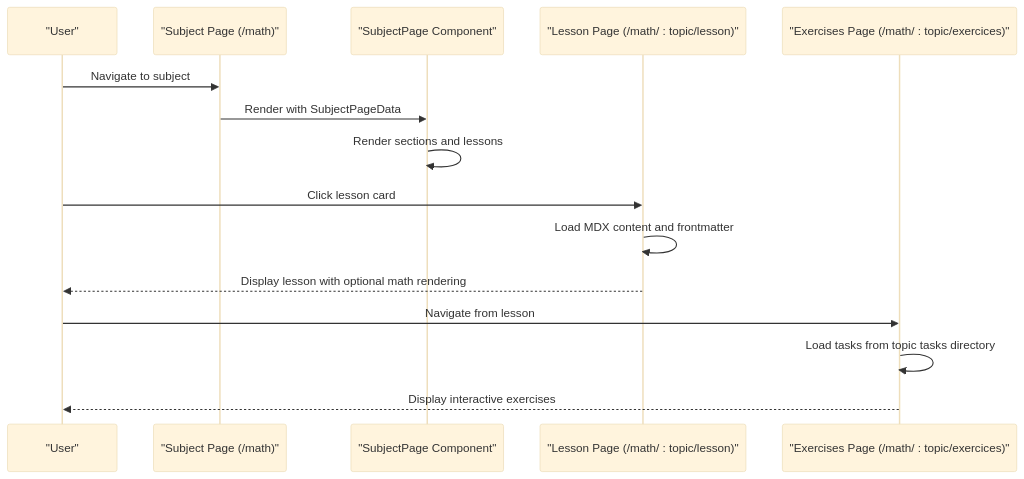
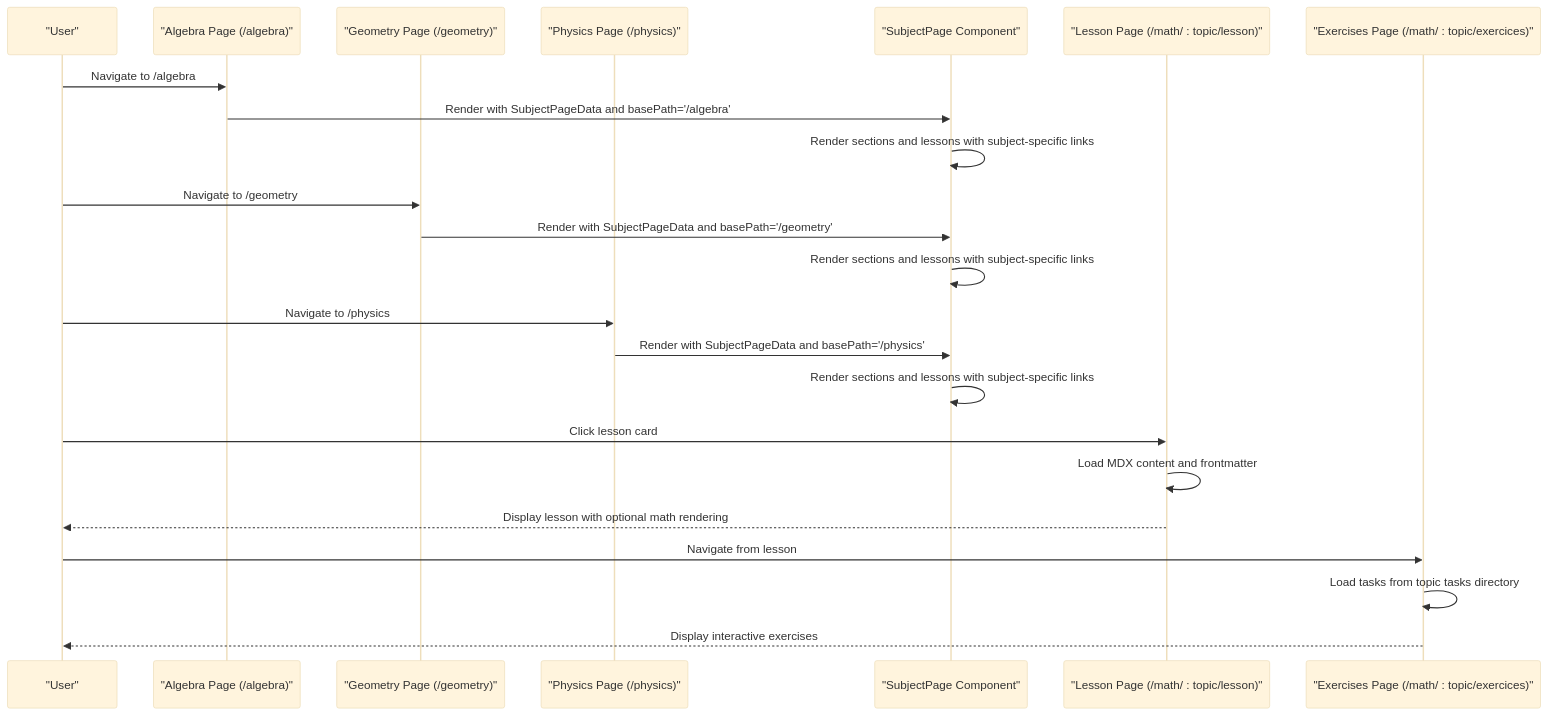
Before and after one commit to AlexKutz/math-app-next-js: the second of 3 diagrams in .qoder/repowiki/en/content/Core Features/Content Management System/Subject Organization & Structure.md, drawn with Mermaid (base theme). The commit also changed other lines of this file and 9 other files, not shown here.

````diff
--- a/.qoder/repowiki/en/content/Core Features/Content Management System/Subject Organization & Structure.md
+++ b/.qoder/repowiki/en/content/Core Features/Content Management System/Subject Organization & Structure.md
@@ -112,17 +126,25 @@
 ```mermaid
 sequenceDiagram
 participant User as "User"
-participant Page as "Subject Page (/math)"
+participant AlgebraPage as "Algebra Page (/algebra)"
+participant GeometryPage as "Geometry Page (/geometry)"
+participant PhysicsPage as "Physics Page (/physics)"
 participant SubjectComp as "SubjectPage Component"
 participant LessonPage as "Lesson Page (/math/ : topic/lesson)"
 participant ExercicesPage as "Exercises Page (/math/ : topic/exercices)"
-User->>Page : Navigate to subject
-Page->>SubjectComp : Render with SubjectPageData
-SubjectComp->>SubjectComp : Render sections and lessons
+User->>AlgebraPage : Navigate to /algebra
+AlgebraPage->>SubjectComp : Render with SubjectPageData and basePath='/algebra'
+SubjectComp->>SubjectComp : Render sections and lessons with subject-specific links
+User->>GeometryPage : Navigate to /geometry
+GeometryPage->>SubjectComp : Render with SubjectPageData and basePath='/geometry'
+SubjectComp->>SubjectComp : Render sections and lessons with subject-specific links
+User->>PhysicsPage : Navigate to /physics
+PhysicsPage->>SubjectComp : Render with SubjectPageData and basePath='/physics'
+SubjectComp->>SubjectComp : Render sections and lessons with subject-specific links
 User->>LessonPage : Click lesson card
 LessonPage->>LessonPage : Load MDX content and frontmatter
 LessonPage-->>User : Display lesson with optional math rendering
 User->>ExercicesPage : Navigate from lesson
 ExercicesPage->>ExercicesPage : Load tasks from topic tasks directory
 ExercicesPage-->>User : Display interactive exercises
 ```
````
